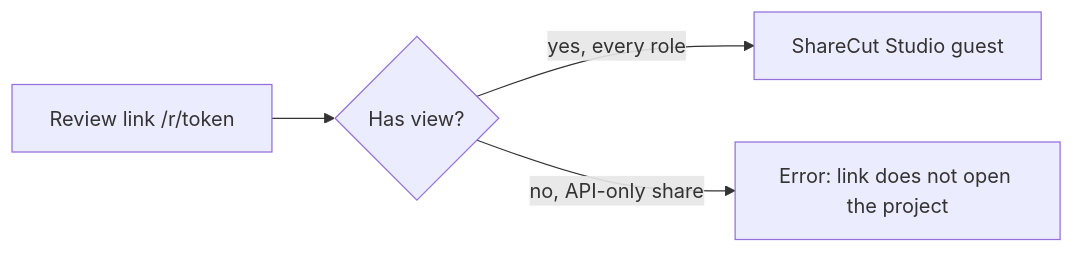
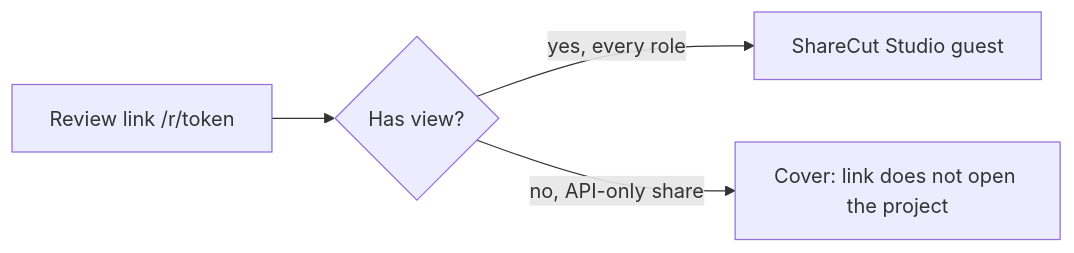
One commit to calebn/sharecut-studio changed the third of 3 diagrams in ux/pages/screen-inventory.md. Above: the diagram before and after it, drawn with Mermaid. The commit also changed other lines of this file and 10 other files, not shown here.

First line of the commit message:
feat(guest): show a cover when a review link is dead or the host is offline (#2452)

````diff
--- a/ux/pages/screen-inventory.md
+++ b/ux/pages/screen-inventory.md
@@ -432,6 +432,6 @@
 ```mermaid
 flowchart LR
   shareLink["Review link /r/token"] --> hasView{Has view?}
   hasView -->|yes, every role| dawGuest[ShareCut Studio guest]
-  hasView -->|no, API-only share| noPage[Error: link does not open the project]
+  hasView -->|no, API-only share| noPage[Cover: link does not open the project]
 ```
````
